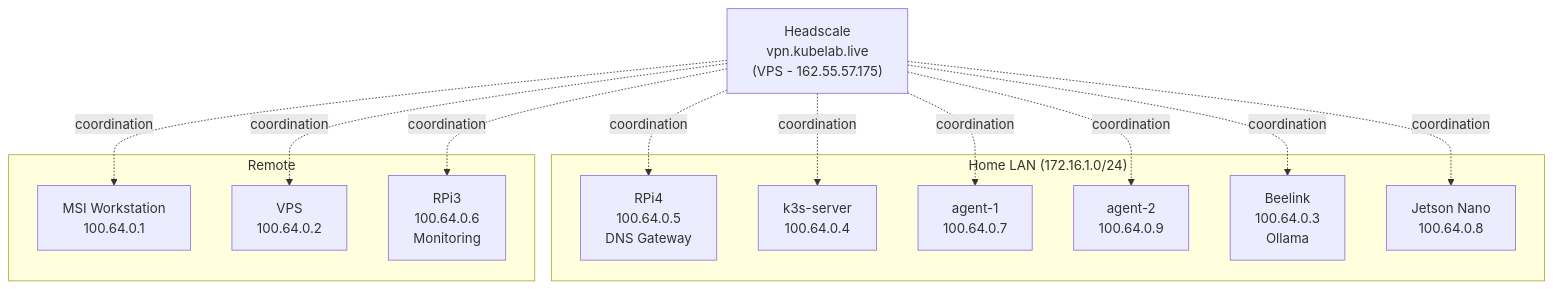
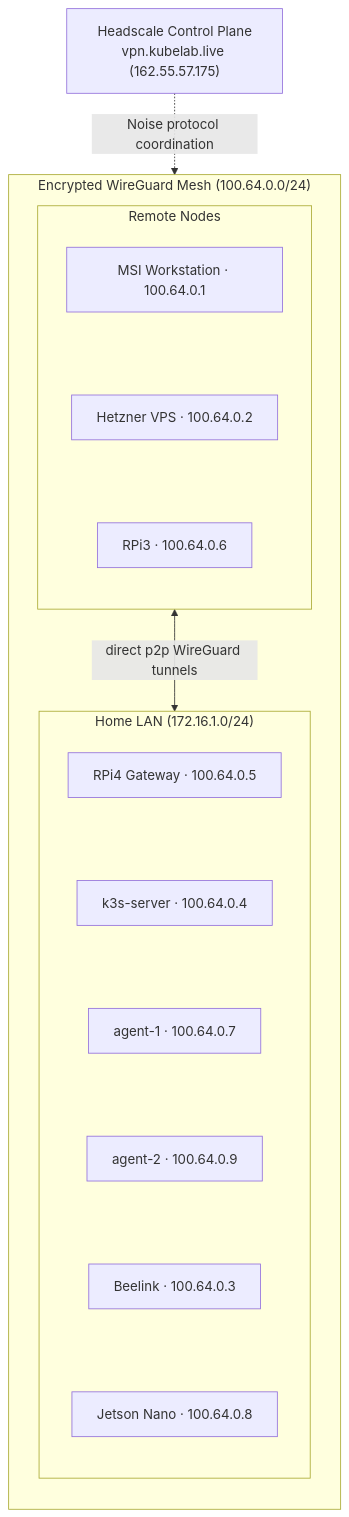
One commit to mlorentedev/web changed the diagram in site/src/content/notes/headscale-self-hosted-tailscale.mdx. Above: the diagram before and after it, drawn with Mermaid. The commit also changed other lines of this file and 4 other files, not shown here.

Commit message:
fix(notes): reshape mermaid diagrams to eliminate horizontal overflow (#317)

````diff
--- a/site/src/content/notes/headscale-self-hosted-tailscale.mdx
+++ b/site/src/content/notes/headscale-self-hosted-tailscale.mdx
@@ -41,29 +40,29 @@
 ```mermaid
 flowchart TD
-    HS["Headscale\nvpn.kubelab.live\n(VPS - 162.55.57.175)"]
+    HS["Headscale Control Plane\nvpn.kubelab.live (162.55.57.175)"]
+    HS -.->|"Noise protocol coordination"| mesh
 
-    subgraph "Home LAN (172.16.1.0/24)"
-        RPi4["RPi4\n100.64.0.5\nDNS Gateway"]
-        K3S["k3s-server\n100.64.0.4"]
-        A1["agent-1\n100.64.0.7"]
-        A2["agent-2\n100.64.0.9"]
-        BEE["Beelink\n100.64.0.3\nOllama"]
-        JET["Jetson Nano\n100.64.0.8"]
+    subgraph mesh["Encrypted WireGuard Mesh (100.64.0.0/24)"]
+        direction TB
+        subgraph Remote["Remote Nodes"]
+            direction TB
+            MSI["MSI Workstation · 100.64.0.1"]
+            VPS["Hetzner VPS · 100.64.0.2"]
+            RPI3["RPi3 · 100.64.0.6"]
+            MSI ~~~ VPS ~~~ RPI3
+        end
+
+        subgraph LAN["Home LAN (172.16.1.0/24)"]
+            direction TB
+            RPi4["RPi4 Gateway · 100.64.0.5"]
+            K3S["k3s-server · 100.64.0.4"]
+            A1["agent-1 · 100.64.0.7"]
+            A2["agent-2 · 100.64.0.9"]
+            BEE["Beelink · 100.64.0.3"]
+            JET["Jetson Nano · 100.64.0.8"]
+            RPi4 ~~~ K3S ~~~ A1 ~~~ A2 ~~~ BEE ~~~ JET
+        end
+
+        Remote <-->|"direct p2p WireGuard tunnels"| LAN
     end
-
-    subgraph "Remote"
-        MSI["MSI Workstation\n100.64.0.1"]
-        VPS["VPS\n100.64.0.2"]
-        RPi3["RPi3\n100.64.0.6\nMonitoring"]
-    end
-
-    HS -.->|"coordination"| MSI
-    HS -.->|"coordination"| VPS
-    HS -.->|"coordination"| RPi4
-    HS -.->|"coordination"| K3S
-    HS -.->|"coordination"| A1
-    HS -.->|"coordination"| A2
-    HS -.->|"coordination"| BEE
-    HS -.->|"coordination"| JET
-    HS -.->|"coordination"| RPi3
 ```
````
